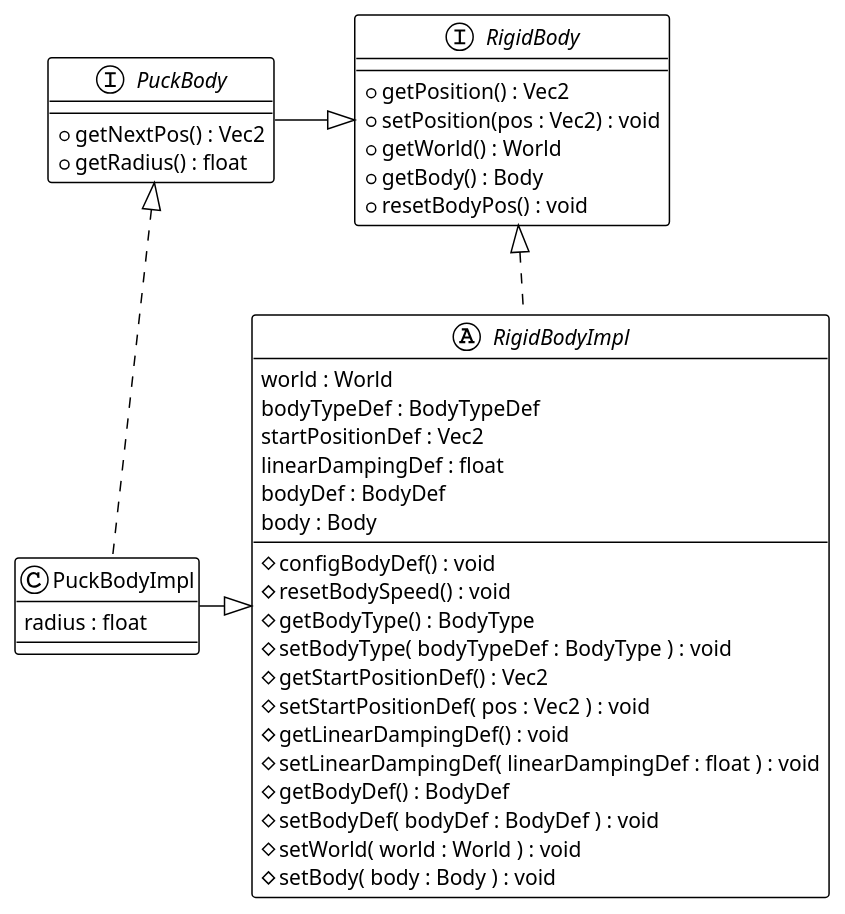
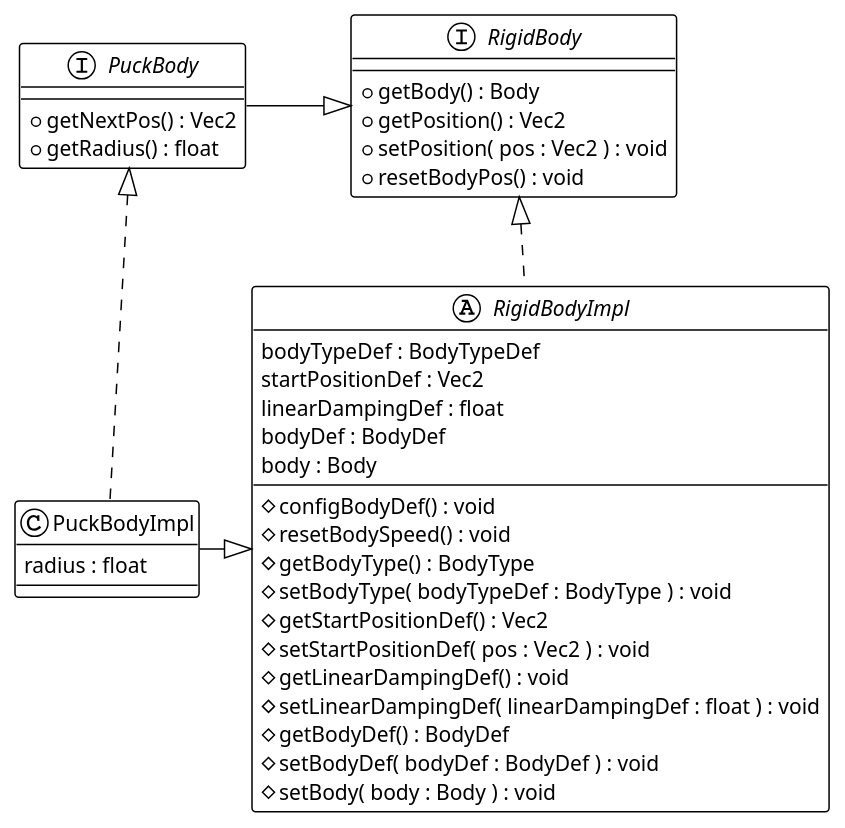
One commit to Borgotto/OOP21-air-hockey changed the sixth of 6 diagrams in UML/PlantUML-code/PhysicsUML.plantuml. Above: the diagram before and after it, drawn with PlantUML. The commit also changed other lines of this file, not shown here.

Commit message:
Update Physics UML

```diff
--- a/UML/PlantUML-code/PhysicsUML.plantuml
+++ b/UML/PlantUML-code/PhysicsUML.plantuml
@@ -196,48 +184,45 @@
 @startuml PuckBody-implement
 !theme plain
 
 interface RigidBody{
+    + getBody() : Body
     + getPosition() : Vec2
-    + setPosition(pos : Vec2) : void
-    + getWorld() : World
-    + getBody() : Body
+    + setPosition( pos : Vec2 ) : void
     + resetBodyPos() : void
 }
 
 interface PuckBody{
     + getNextPos() : Vec2
     + getRadius() : float
 }
 
 abstract class RigidBodyImpl{
-    world : World
     bodyTypeDef : BodyTypeDef
     startPositionDef : Vec2
     linearDampingDef : float
     bodyDef : BodyDef
     body : Body
 
     # configBodyDef() : void
     # resetBodySpeed() : void
     # getBodyType() : BodyType
     # setBodyType( bodyTypeDef : BodyType ) : void
     # getStartPositionDef() : Vec2
     # setStartPositionDef( pos : Vec2 ) : void
     # getLinearDampingDef() : void
     # setLinearDampingDef( linearDampingDef : float ) : void
     # getBodyDef() : BodyDef
     # setBodyDef( bodyDef : BodyDef ) : void
-    # setWorld( world : World ) : void
     # setBody( body : Body ) : void
 }
 
 class PuckBodyImpl{
     radius : float
 }
 
 PuckBody -R-|> RigidBody
 RigidBodyImpl .U.|> RigidBody
 PuckBodyImpl .U.|> PuckBody
 PuckBodyImpl -R-|> RigidBodyImpl
 
 @enduml
```
